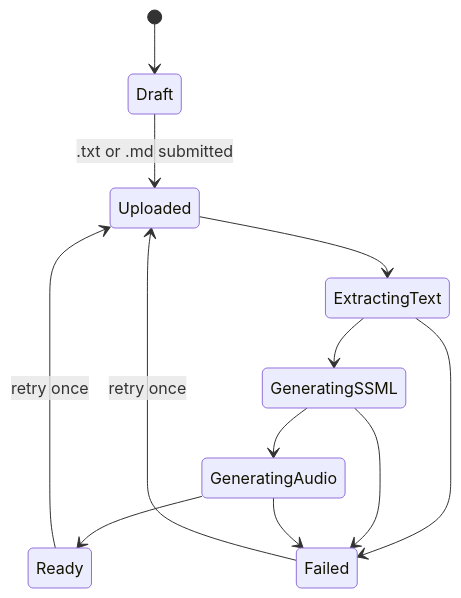
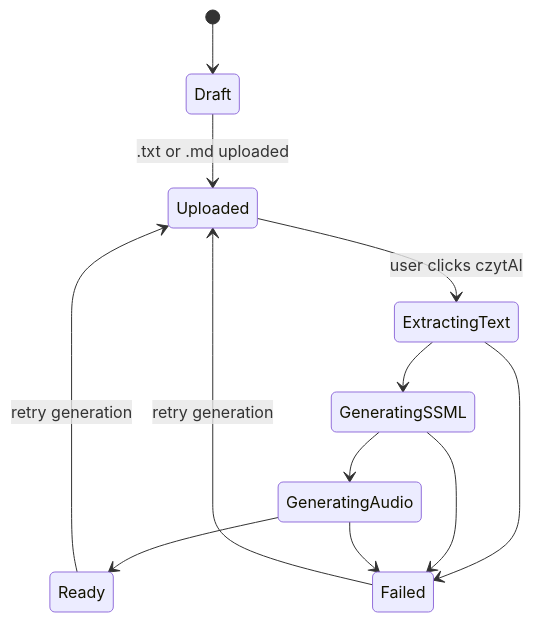
The third of 3 diagrams in docs/przeczytajmi-screen-architecture.md (szmydlo98/przeczytai.me), drawn with Mermaid before and after one commit. The commit also changed other lines of this file, not shown here.

Commit message:
Address screen architecture review comments

````diff
--- a/docs/przeczytajmi-screen-architecture.md
+++ b/docs/przeczytajmi-screen-architecture.md
@@ -336,14 +335,14 @@
 ```mermaid
 stateDiagram-v2
     [*] --> Draft
-    Draft --> Uploaded: .txt or .md submitted
-    Uploaded --> ExtractingText
+    Draft --> Uploaded: .txt or .md uploaded
+    Uploaded --> ExtractingText: user clicks czytAI
     ExtractingText --> GeneratingSSML
     GeneratingSSML --> GeneratingAudio
     GeneratingAudio --> Ready
     ExtractingText --> Failed
     GeneratingSSML --> Failed
     GeneratingAudio --> Failed
-    Failed --> Uploaded: retry once
-    Ready --> Uploaded: retry once
+    Failed --> Uploaded: retry generation
+    Ready --> Uploaded: retry generation
 ```
````
